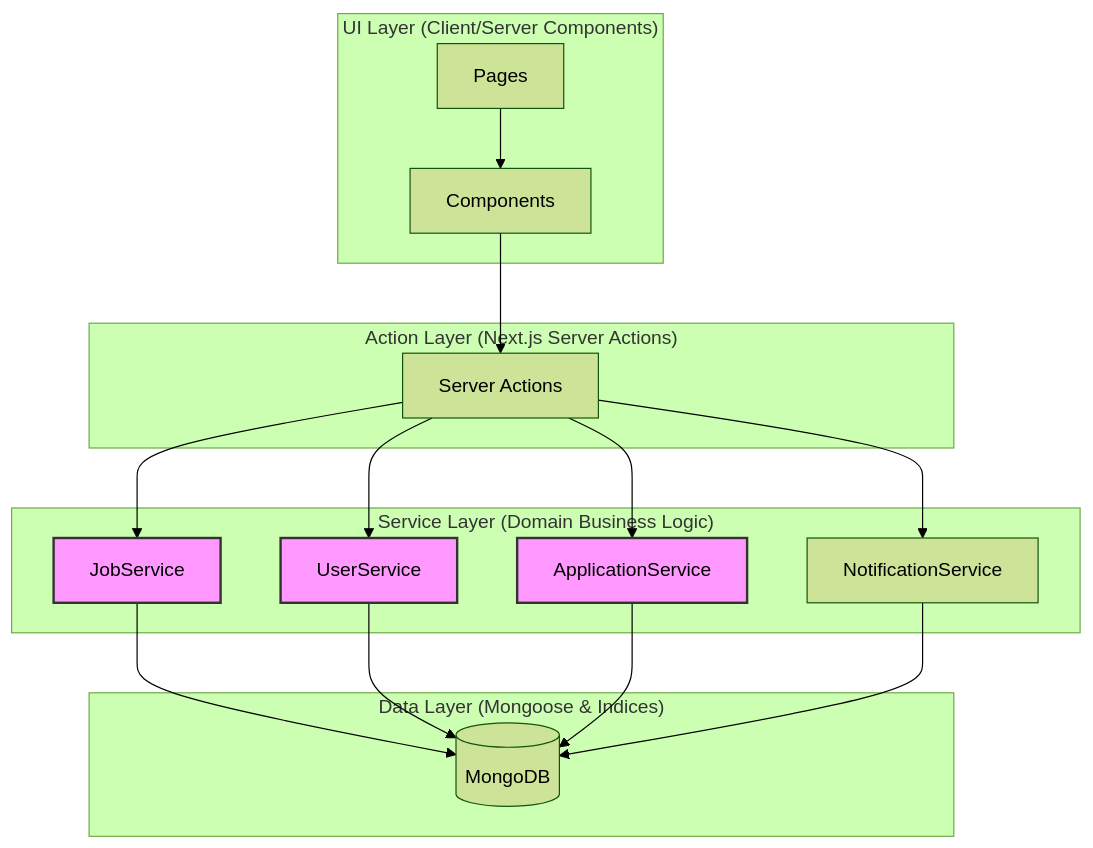
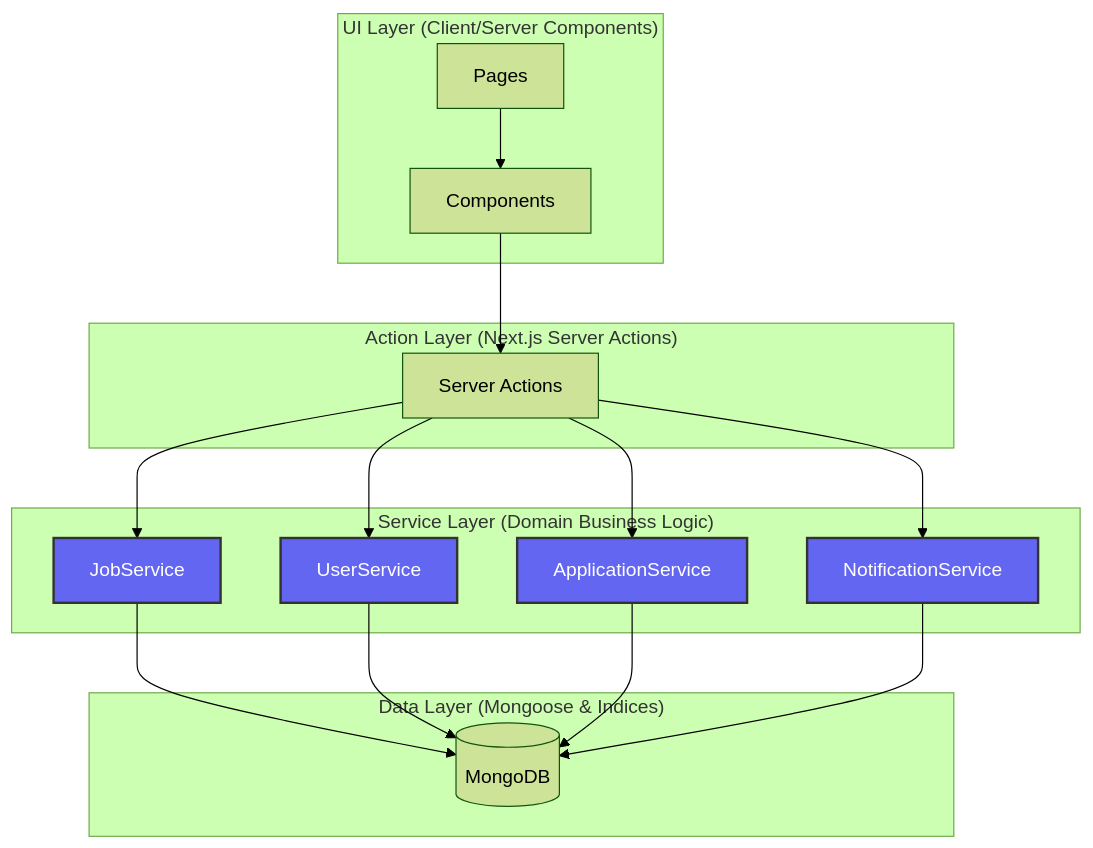
The diagram in README.md (Varni1512/Recruit_Sphere), drawn with Mermaid (forest theme) before and after one commit. The commit also changed 1 other file, not shown here.

Commit message:
feat: implement server actions for authentication and update README diagram styles

````diff
--- a/README.md
+++ b/README.md
@@ -38,28 +38,29 @@
 ```mermaid
 graph TD
     subgraph "UI Layer (Client/Server Components)"
         P[Pages] --> C[Components]
     end
 
     subgraph "Action Layer (Next.js Server Actions)"
         C --> A[Server Actions]
     end
 
     subgraph "Service Layer (Domain Business Logic)"
         A --> JS[JobService]
         A --> US[UserService]
         A --> AS[ApplicationService]
         A --> NS[NotificationService]
     end
 
     subgraph "Data Layer (Mongoose & Indices)"
         JS --> M[(MongoDB)]
         US --> M
         AS --> M
         NS --> M
     end
 
-    style JS fill:#f9f,stroke:#333,stroke-width:2px
-    style US fill:#f9f,stroke:#333,stroke-width:2px
-    style AS fill:#f9f,stroke:#333,stroke-width:2px
+    style JS fill:#6366f1,color:#fff,stroke:#333,stroke-width:2px
+    style US fill:#6366f1,color:#fff,stroke:#333,stroke-width:2px
+    style AS fill:#6366f1,color:#fff,stroke:#333,stroke-width:2px
+    style NS fill:#6366f1,color:#fff,stroke:#333,stroke-width:2px
 ```
````
